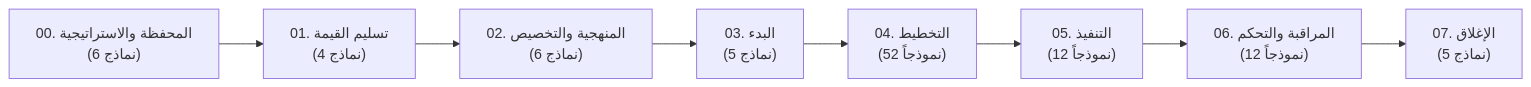
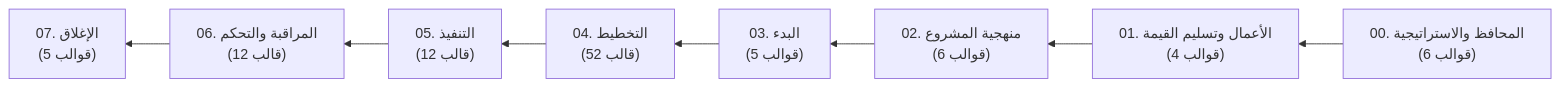
Before and after one commit to fakhruldeen/Tasleemat: the diagram in README_AR.md, drawn with Mermaid. The commit also changed other lines of this file and 702 other files, not shown here.

````diff
--- a/README_AR.md
+++ b/README_AR.md
@@ -108,10 +50,10 @@
 ```mermaid
-flowchart LR
-    P0["00. المحفظة والاستراتيجية<br/>(6 نماذج)"] --> P1["01. تسليم القيمة<br/>(4 نماذج)"]
-    P1 --> P2["02. المنهجية والتخصيص<br/>(6 نماذج)"]
-    P2 --> P3["03. البدء<br/>(5 نماذج)"]
-    P3 --> P4["04. التخطيط<br/>(52 نموذجاً)"]
-    P4 --> P5["05. التنفيذ<br/>(12 نموذجاً)"]
-    P5 --> P6["06. المراقبة والتحكم<br/>(12 نموذجاً)"]
-    P6 --> P7["07. الإغلاق<br/>(5 نماذج)"]
+flowchart RL
+    P0["00. المحافظ والاستراتيجية<br/>(6 قوالب)"] --> P1["01. الأعمال وتسليم القيمة<br/>(4 قوالب)"]
+    P1 --> P2["02. منهجية المشروع<br/>(6 قوالب)"]
+    P2 --> P3["03. البدء<br/>(5 قوالب)"]
+    P3 --> P4["04. التخطيط<br/>(52 قالب)"]
+    P4 --> P5["05. التنفيذ<br/>(12 قالب)"]
+    P5 --> P6["06. المراقبة والتحكم<br/>(12 قالب)"]
+    P6 --> P7["07. الإغلاق<br/>(5 قوالب)"]
 ```
````
